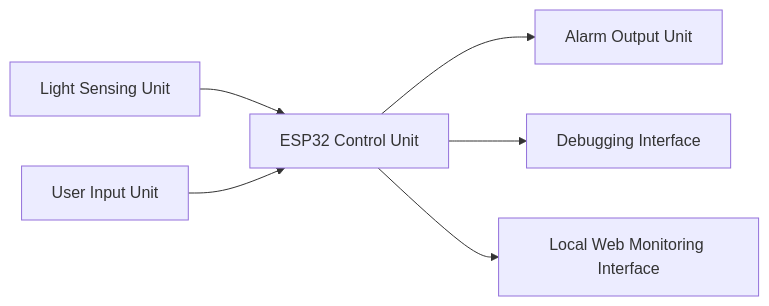
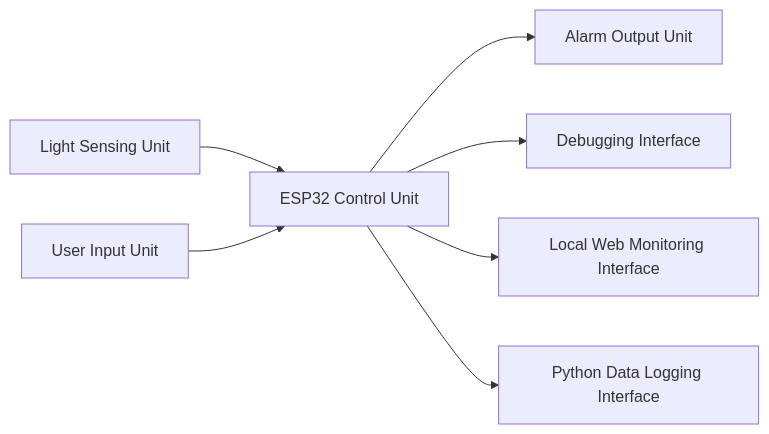
Before and after one commit to Zeyu-Ethan/esp32-light-sensor-alarm: the first of 2 diagrams in README.md, drawn with Mermaid. The commit also changed other lines of this file, not shown here.

Commit message:
Update README for Python data extension

````diff
--- a/README.md
+++ b/README.md
@@ -56,8 +71,9 @@
 ```mermaid
 flowchart LR
     A[Light Sensing Unit] --> B[ESP32 Control Unit]
     B --> C[Alarm Output Unit]
     D[User Input Unit] --> B
     B --> E[Debugging Interface]
     B --> F[Local Web Monitoring Interface]
+    B --> G[Python Data Logging Interface]
 ```
````
